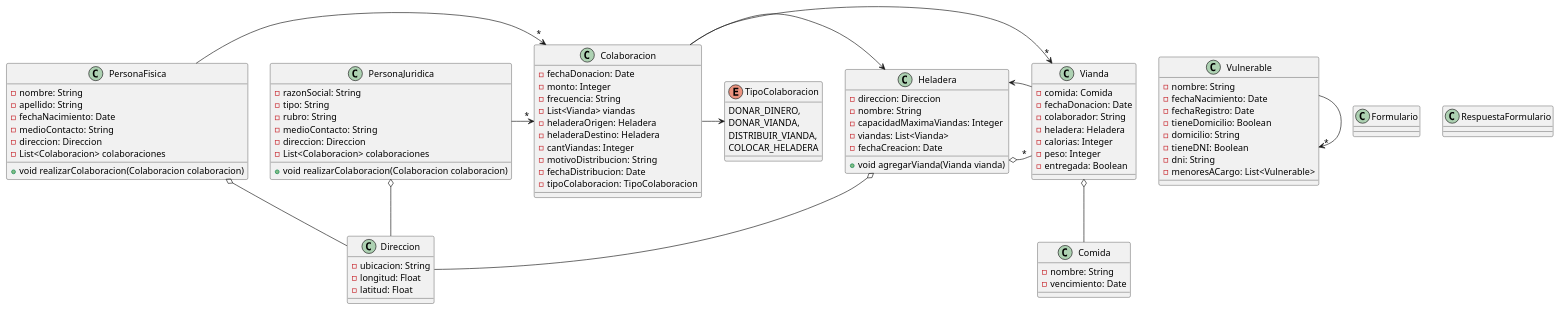
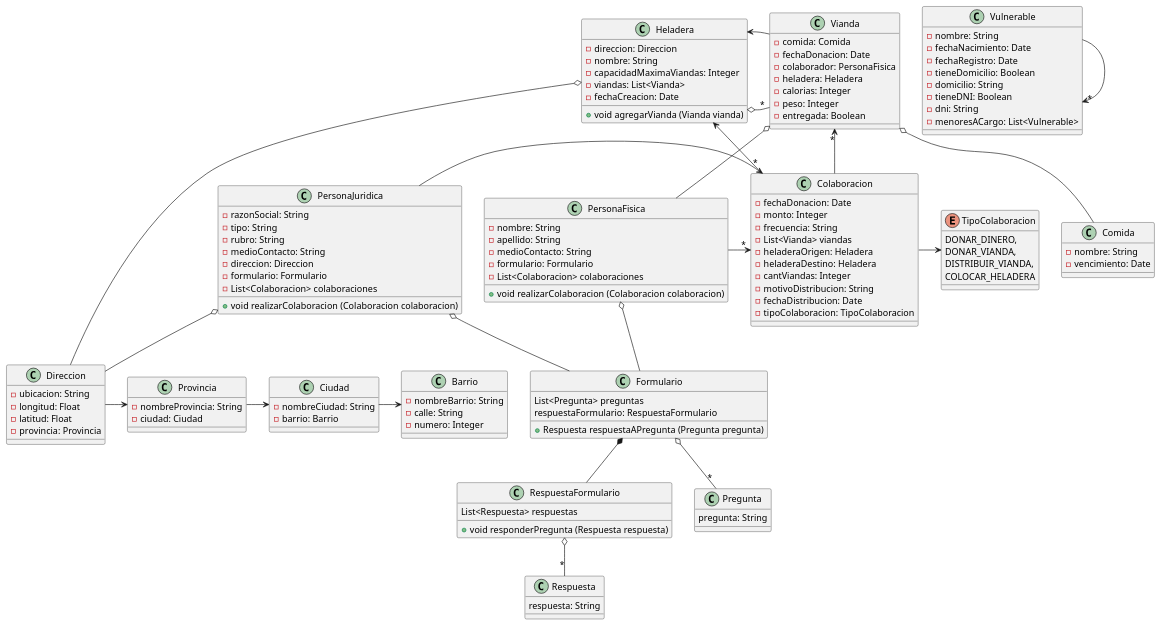
The diagram in diagrams/domain/diagrama-clases.puml (santymendez/tp-dds-2024), drawn with PlantUML before and after one commit. The commit also changed 1 other file, not shown here.

Commit message:
agregamos la clase formulario, falta corregir, y mejoramos el manejo de direcciones

```diff
--- a/diagrams/domain/diagrama-clases.puml
+++ b/diagrams/domain/diagrama-clases.puml
@@ -1,107 +1,151 @@
 @startuml
 
 class Heladera {
     -direccion: Direccion
     -nombre: String
     -capacidadMaximaViandas: Integer
     -viandas: List<Vianda>
     -fechaCreacion: Date
 
-    +void agregarVianda(Vianda vianda)
+    +void agregarVianda (Vianda vianda)
 }
 
+'TODO''revisar la parte de ubicacion'
 class Direccion {
+    'habria q ver si esta bien lo de ubicacion'
     -ubicacion: String
     -longitud: Float
     -latitud: Float
+    -provincia: Provincia
+
+    '+ detalleDireccion: String'
+}
+
+class Provincia {
+    -nombreProvincia: String
+    -ciudad: Ciudad
+}
+
+class Ciudad {
+    -nombreCiudad: String
+    -barrio: Barrio
+}
+
+class Barrio {
+    -nombreBarrio: String
+    -calle: String
+    -numero: Integer
+    '-infoExtra: String tipo primer piso/casa/segundo a'
 }
 
 class Vianda {
     -comida: Comida
     -fechaDonacion: Date
-    -colaborador: String
+    -colaborador: PersonaFisica
     -heladera: Heladera
     -calorias: Integer
     -peso: Integer
     -entregada: Boolean
 }
 
 class Comida {
     -nombre: String
     -vencimiento: Date
 }
 
 class Vulnerable {
     -nombre: String
     -fechaNacimiento: Date
     -fechaRegistro: Date
     -tieneDomicilio: Boolean
     -domicilio: String
     -tieneDNI: Boolean
     -dni: String
     -menoresACargo: List<Vulnerable>
 }
 
 class PersonaFisica {
     -nombre: String
     -apellido: String
-    -fechaNacimiento: Date
     -medioContacto: String
-    -direccion: Direccion
+    -formulario: Formulario
     -List<Colaboracion> colaboraciones
 
-    +void realizarColaboracion(Colaboracion colaboracion)
+    +void realizarColaboracion (Colaboracion colaboracion)
 }
 
 class PersonaJuridica {
     -razonSocial: String
     -tipo: String
     -rubro: String
     -medioContacto: String
     -direccion: Direccion
+    -formulario: Formulario
     -List<Colaboracion> colaboraciones
 
-    +void realizarColaboracion(Colaboracion colaboracion)
+    +void realizarColaboracion (Colaboracion colaboracion)
 }
 
 class Colaboracion {
     -fechaDonacion: Date
     -monto: Integer
     -frecuencia: String
     -List<Vianda> viandas
     -heladeraOrigen: Heladera
     -heladeraDestino: Heladera
     -cantViandas: Integer
     -motivoDistribucion: String
     -fechaDistribucion: Date
     -tipoColaboracion: TipoColaboracion
 }
 
-'TODO'
 class Formulario {
+    List<Pregunta> preguntas
+    respuestaFormulario: RespuestaFormulario
+
+    +Respuesta respuestaAPregunta (Pregunta pregunta)
 }
 
 class RespuestaFormulario {
+    List<Respuesta> respuestas
+
+    +void responderPregunta (Respuesta respuesta)
+}
+
+class Pregunta {
+    pregunta: String
+}
+
+class Respuesta {
+    respuesta: String
 }
 
 enum TipoColaboracion {
     DONAR_DINERO,
     DONAR_VIANDA,
     DISTRIBUIR_VIANDA,
     COLOCAR_HELADERA
 }
 
 Heladera o-"*" Vianda
 Vianda -> Heladera
 Colaboracion -> TipoColaboracion
 PersonaFisica ->"*" Colaboracion
 PersonaJuridica ->"*" Colaboracion
 Colaboracion ->"*" Vianda
 Colaboracion -> Heladera
 Vulnerable ->"*" Vulnerable
 Heladera o-- Direccion
-PersonaFisica o-- Direccion
 PersonaJuridica o-- Direccion
 Vianda o-- Comida
+Vianda o-- PersonaFisica
+Formulario o--"*" Pregunta
+Formulario *-- RespuestaFormulario
+RespuestaFormulario o--"*" Respuesta
+PersonaFisica o-- Formulario
+PersonaJuridica o-- Formulario
+Direccion -> Provincia
+Provincia -> Ciudad
+Ciudad -> Barrio
 
 @enduml
```
